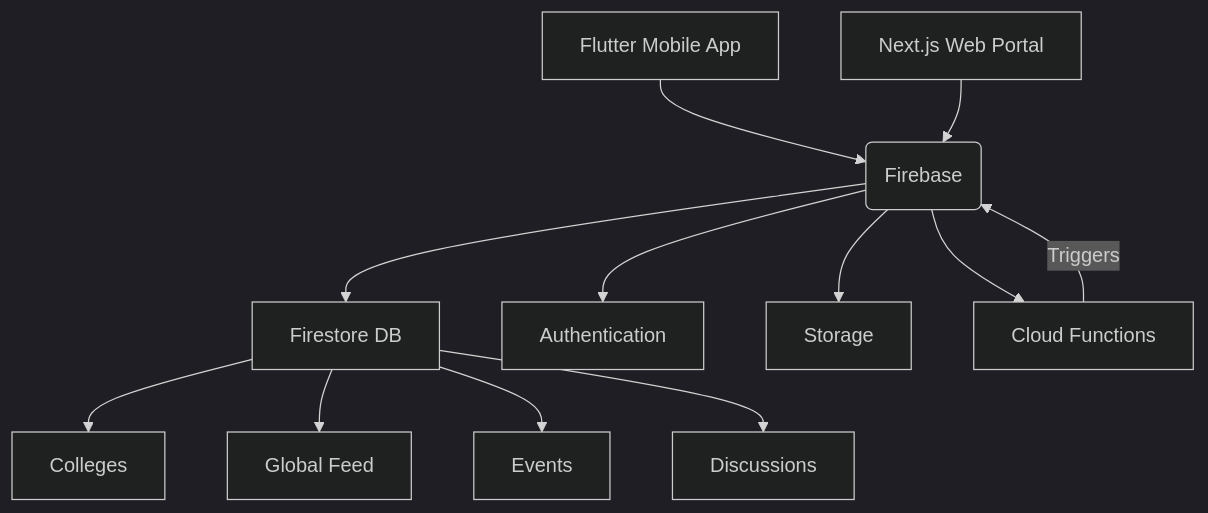
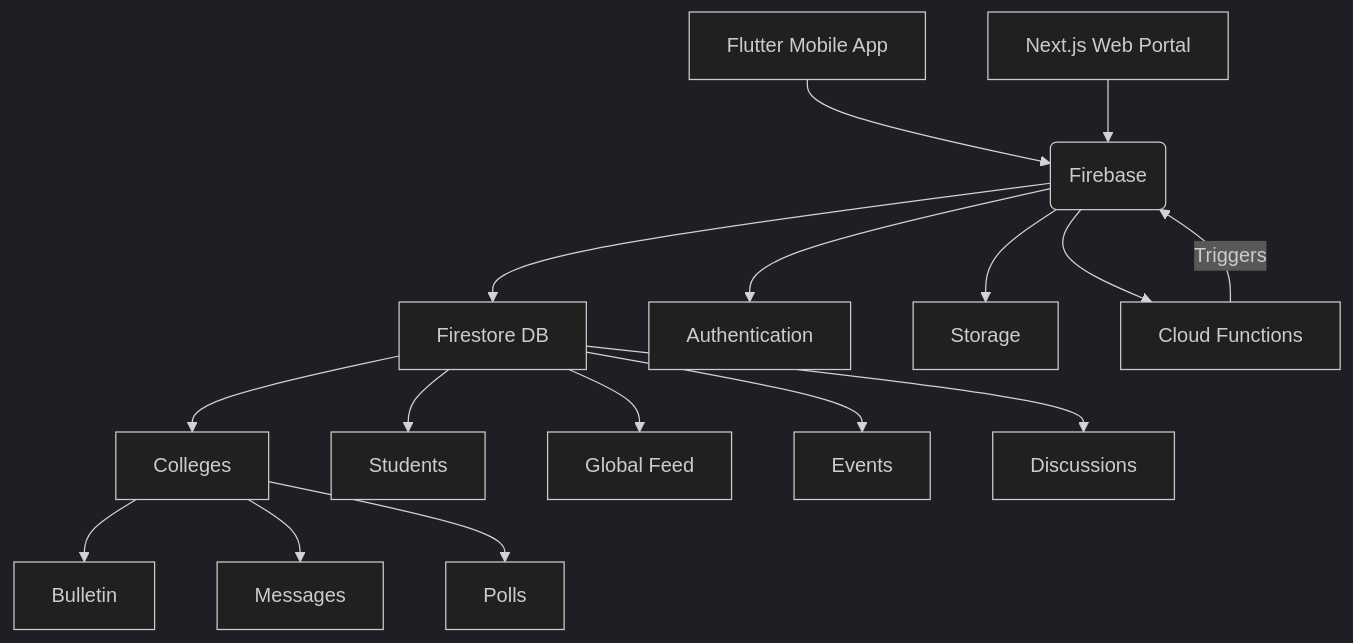
One commit to therev2/Unyt changed the second of 5 diagrams in README2.md. Above: the diagram before and after it, drawn with Mermaid (dark theme). The commit also changed other lines of this file, not shown here.

````diff
--- a/README2.md
+++ b/README2.md
@@ -118,17 +106,22 @@
 ```mermaid
 graph TD
     A[Flutter Mobile App] --> B(Firebase)
     C[Next.js Web Portal] --> B
 
     B --> D[Firestore DB]
     B --> E[Authentication]
     B --> F[Storage]
 
     B --> G[Cloud Functions]
     G -->|Triggers| B
 
     D --> H[Colleges]
-    D --> I[Global Feed]
-    D --> J[Events]
-    D --> K[Discussions]
+    D --> I[Students]
+    D --> J[Global Feed]
+    D --> K[Events]
+    D --> L[Discussions]
+
+    H --> M[Bulletin]
+    H --> N[Messages]
+    H --> O[Polls]
 ```
````
